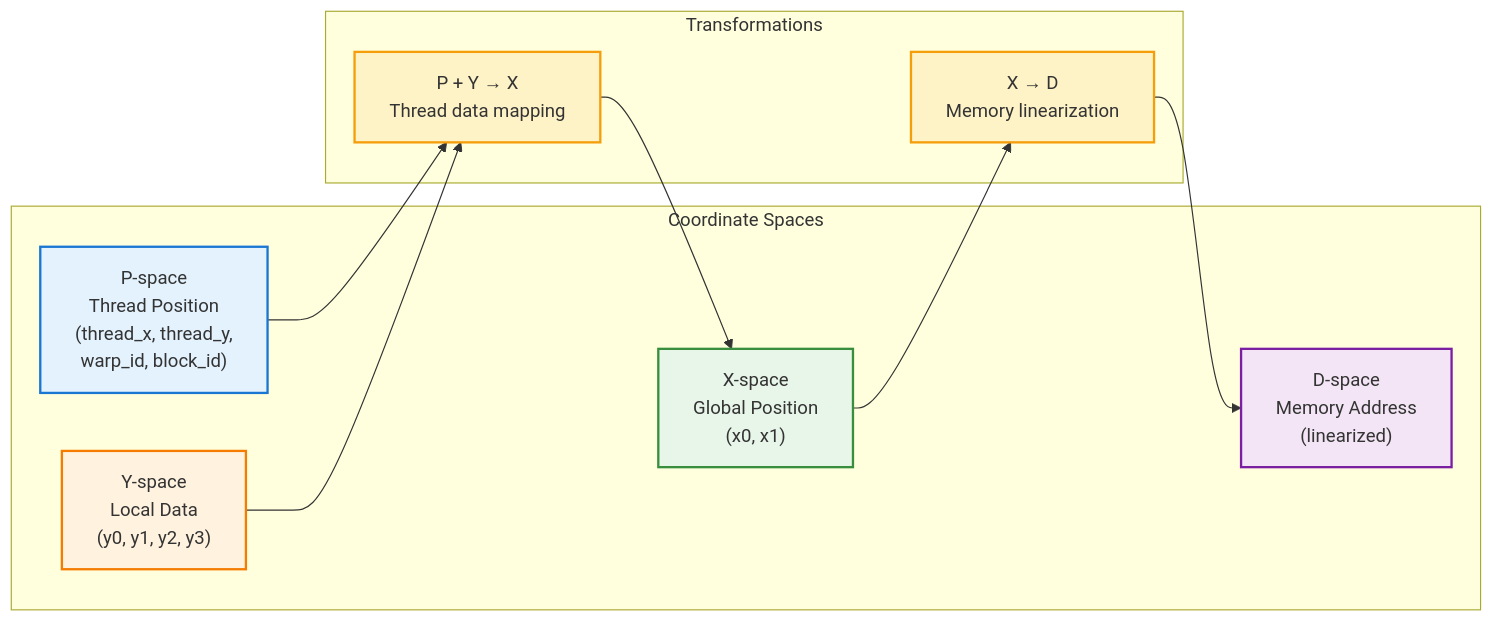
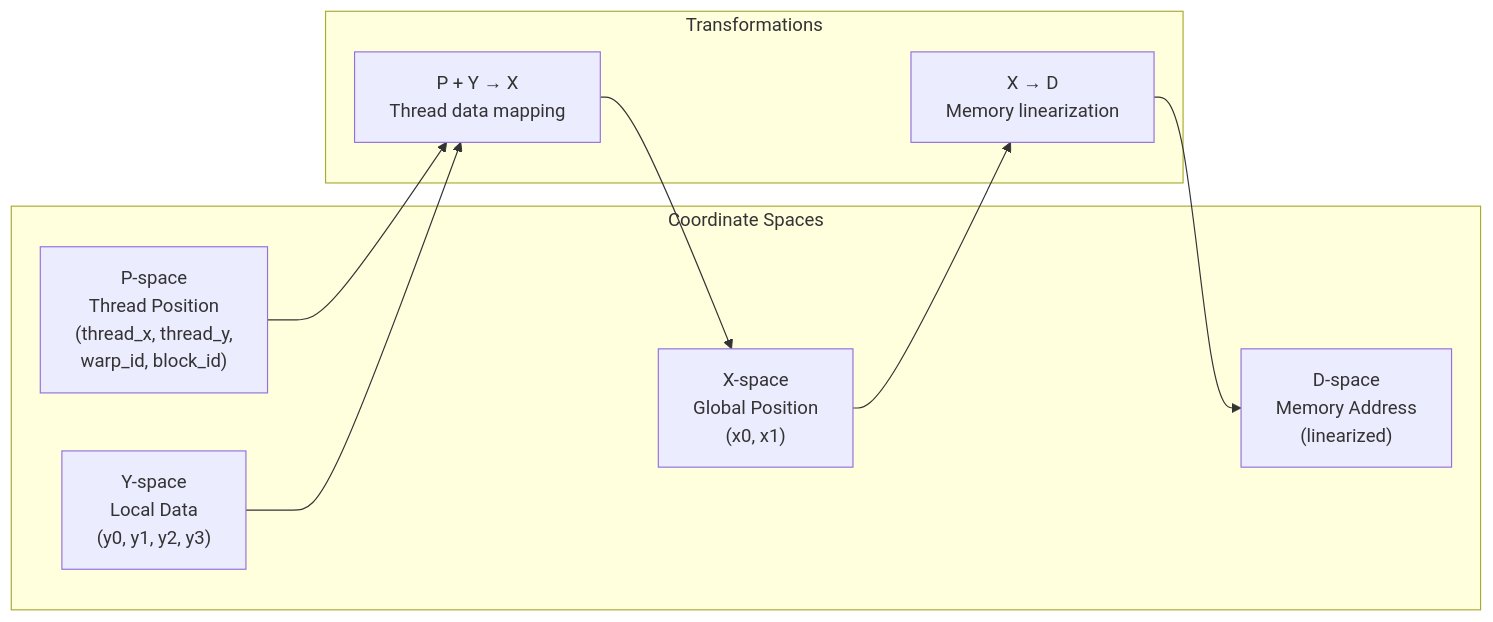
The second of 2 diagrams in docs/conceptual/ck_tile/introduction_motivation.rst (ROCm/composable_kernel), drawn with Mermaid before and after one commit. The commit also changed other lines of this file and 21 other files, not shown here.

```diff
--- a/docs/conceptual/ck_tile/introduction_motivation.rst
+++ b/docs/conceptual/ck_tile/introduction_motivation.rst
@@ -222,27 +200,20 @@
-   .. mermaid::
-   
-      graph LR
-          subgraph "Coordinate Spaces"
-              P["P-space<br/>Thread Position<br/>(thread_x, thread_y,<br/>warp_id, block_id)"]
-              Y["Y-space<br/>Local Data<br/>(y0, y1, y2, y3)"]
-              X["X-space<br/>Global Position<br/>(x0, x1)"]
-              D["D-space<br/>Memory Address<br/>(linearized)"]
-          end
+.. mermaid::
 
-          subgraph "Transformations"
-              T1["P + Y → X<br/>Thread data mapping"]
-              T2["X → D<br/>Memory linearization"]
-          end
+   graph LR
+       subgraph "Coordinate Spaces"
+           P["P-space<br/>Thread Position<br/>(thread_x, thread_y,<br/>warp_id, block_id)"]
+           Y["Y-space<br/>Local Data<br/>(y0, y1, y2, y3)"]
+           X["X-space<br/>Global Position<br/>(x0, x1)"]
+           D["D-space<br/>Memory Address<br/>(linearized)"]
+       end
 
-          P --> T1
-          Y --> T1
-          T1 --> X
-          X --> T2
-          T2 --> D
+       subgraph "Transformations"
+           T1["P + Y → X<br/>Thread data mapping"]
+           T2["X → D<br/>Memory linearization"]
+       end
 
-          style P fill:#e3f2fd,stroke:#1976d2,stroke-width:2px
-          style Y fill:#fff3e0,stroke:#f57c00,stroke-width:2px
-          style X fill:#e8f5e9,stroke:#388e3c,stroke-width:2px
-          style D fill:#f3e5f5,stroke:#7b1fa2,stroke-width:2px
-          style T1 fill:#fef3c7,stroke:#f59e0b,stroke-width:2px
-          style T2 fill:#fef3c7,stroke:#f59e0b,stroke-width:2px
+       P --> T1
+       Y --> T1
+       T1 --> X
+       X --> T2
+       T2 --> D
```
